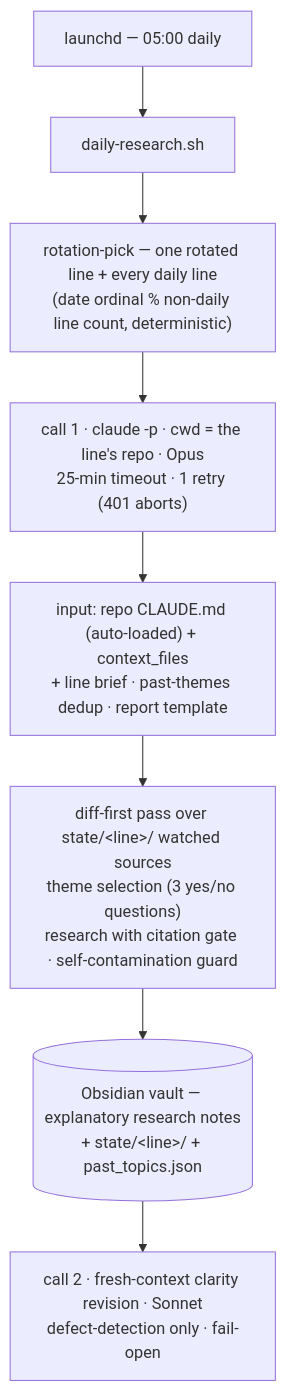
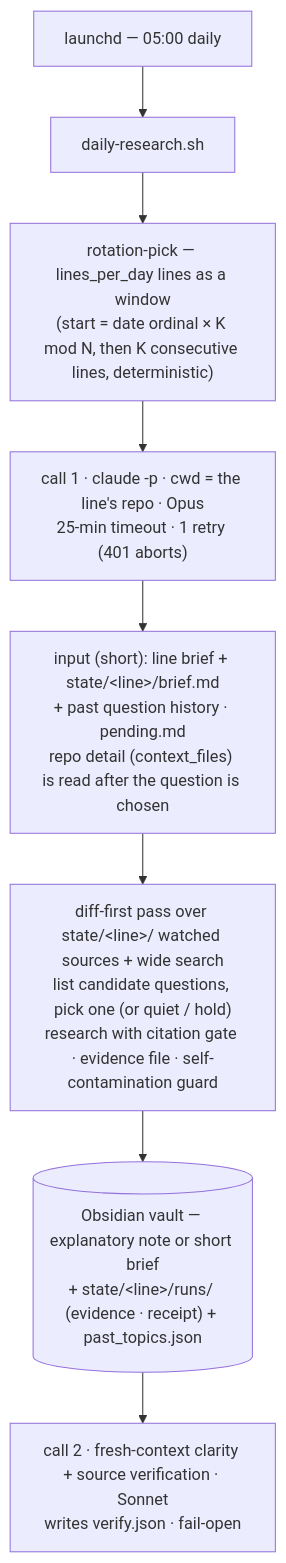
One commit to shimo4228/daily-research changed the diagram in README.md. Above: the diagram before and after it, drawn with Mermaid. The commit also changed other lines of this file and 10 other files, not shown here.

Commit message:
docs: sync CLAUDE.md, README, RUNBOOK, CONTRIB, llms.txt, dr-review to ADR-0017 (3-line window, content states, verification pass)

````diff
--- a/README.md
+++ b/README.md
@@ -15,10 +15,10 @@
 ```mermaid
 flowchart TD
     cron["launchd — 05:00 daily"] --> orch["daily-research.sh"]
-    orch --> pick["rotation-pick — one rotated line + every daily line<br/>(date ordinal % non-daily line count, deterministic)"]
+    orch --> pick["rotation-pick — lines_per_day lines as a window<br/>(start = date ordinal × K mod N, then K consecutive lines, deterministic)"]
     pick --> loop["call 1 · claude -p · cwd = the line's repo · Opus<br/>25-min timeout · 1 retry (401 aborts)"]
-    loop --> ctx["input: repo CLAUDE.md (auto-loaded) + context_files<br/>+ line brief · past-themes dedup · report template"]
-    ctx --> run["diff-first pass over state/&lt;line&gt;/ watched sources<br/>theme selection (3 yes/no questions)<br/>research with citation gate · self-contamination guard"]
-    run --> out[("Obsidian vault — explanatory research notes<br/>+ state/&lt;line&gt;/ + past_topics.json")]
-    out --> clarity["call 2 · fresh-context clarity revision · Sonnet<br/>defect-detection only · fail-open"]
+    loop --> ctx["input (short): line brief + state/&lt;line&gt;/brief.md<br/>+ past question history · pending.md<br/>repo detail (context_files) is read after the question is chosen"]
+    ctx --> run["diff-first pass over state/&lt;line&gt;/ watched sources + wide search<br/>list candidate questions, pick one (or quiet / hold)<br/>research with citation gate · evidence file · self-contamination guard"]
+    run --> out[("Obsidian vault — explanatory note or short brief<br/>+ state/&lt;line&gt;/runs/ (evidence · receipt) + past_topics.json")]
+    out --> clarity["call 2 · fresh-context clarity + source verification · Sonnet<br/>writes verify.json · fail-open"]
 ```
````
